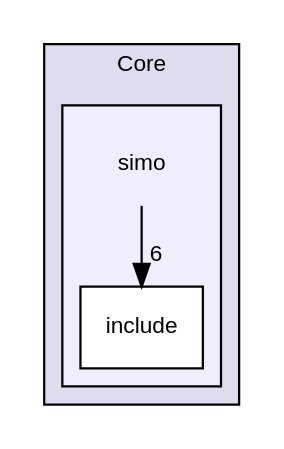
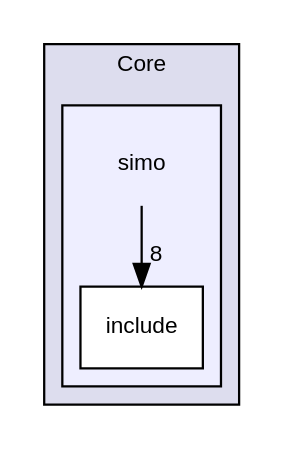
The diagram in docs/dir_1ffac0d2630f4824660dea6691be9d7f_dep.dot (Germanvelardez2018/SIMO-STM32-framework), drawn with Graphviz before and after one commit. The commit also changed 56 other files, not shown here.

```diff
--- a/docs/dir_1ffac0d2630f4824660dea6691be9d7f_dep.dot
+++ b/docs/dir_1ffac0d2630f4824660dea6691be9d7f_dep.dot
@@ -1,14 +1,14 @@
 digraph "Core/simo" {
   compound=true
   node [ fontsize="10", fontname="Helvetica"];
   edge [ labelfontsize="10", labelfontname="Helvetica"];
   subgraph clusterdir_c6310732a22f63c0c2fc5595561e68f1 {
     graph [ bgcolor="#ddddee", pencolor="black", label="Core" fontname="Helvetica", fontsize="10", URL="dir_c6310732a22f63c0c2fc5595561e68f1.html"]
   subgraph clusterdir_1ffac0d2630f4824660dea6691be9d7f {
     graph [ bgcolor="#eeeeff", pencolor="black", label="" URL="dir_1ffac0d2630f4824660dea6691be9d7f.html"];
     dir_1ffac0d2630f4824660dea6691be9d7f [shape=plaintext label="simo"];
     dir_51ae6caf7e11bae481ee121923f41a47 [shape=box label="include" color="black" fillcolor="white" style="filled" URL="dir_51ae6caf7e11bae481ee121923f41a47.html"];
   }
   }
-  dir_1ffac0d2630f4824660dea6691be9d7f->dir_51ae6caf7e11bae481ee121923f41a47 [headlabel="6", labeldistance=1.5 headhref="dir_000001_000002.html"];
+  dir_1ffac0d2630f4824660dea6691be9d7f->dir_51ae6caf7e11bae481ee121923f41a47 [headlabel="8", labeldistance=1.5 headhref="dir_000001_000002.html"];
 }
```
